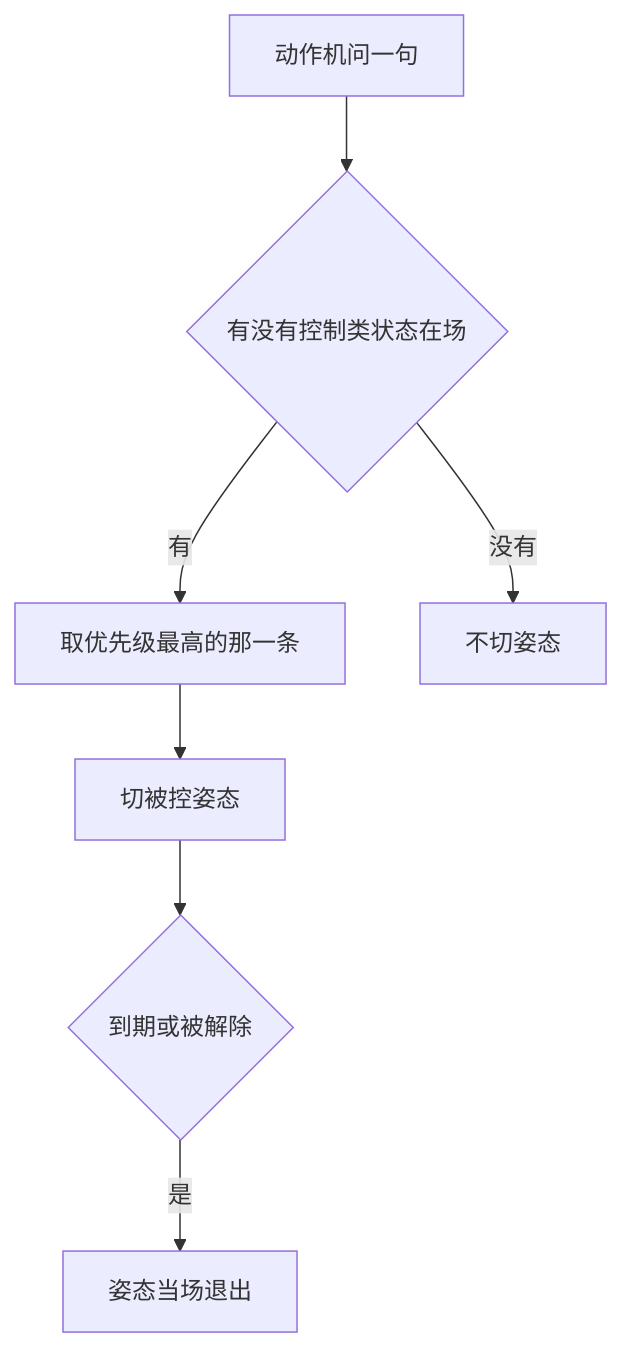
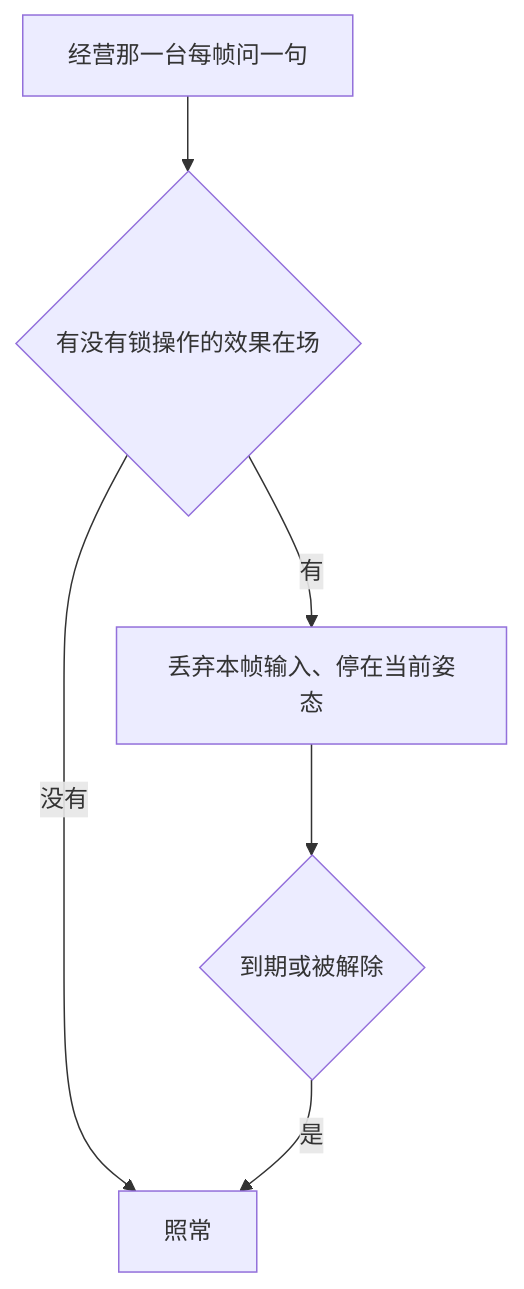
The second of 2 diagrams in design/状态效果系统.md (haohaoxuexiHAOHAO/Tinderhearth-The-Last-Class-Docs), drawn with Mermaid before and after one commit. The commit also changed other lines of this file and 60 other files, not shown here.

````diff
--- a/design/状态效果系统.md
+++ b/design/状态效果系统.md
@@ -315,9 +399,8 @@
 ```mermaid
 flowchart TD
-    问["动作机问一句"] --> 在场{"有没有控制类状态在场"}
-    在场 -->|有| 取["取优先级最高的那一条"]
-    取 --> 切["切被控姿态"]
-    在场 -->|没有| 不切["不切姿态"]
-    切 --> 没了{"到期或被解除"}
-    没了 -->|是| 退出["姿态当场退出"]
+    问["经营那一台每帧问一句"] --> 在场{"有没有锁操作的效果在场"}
+    在场 -->|有| 丢["丢弃本帧输入、停在当前姿态"]
+    在场 -->|没有| 照常["照常"]
+    丢 --> 没了{"到期或被解除"}
+    没了 -->|是| 照常
 ```
````
